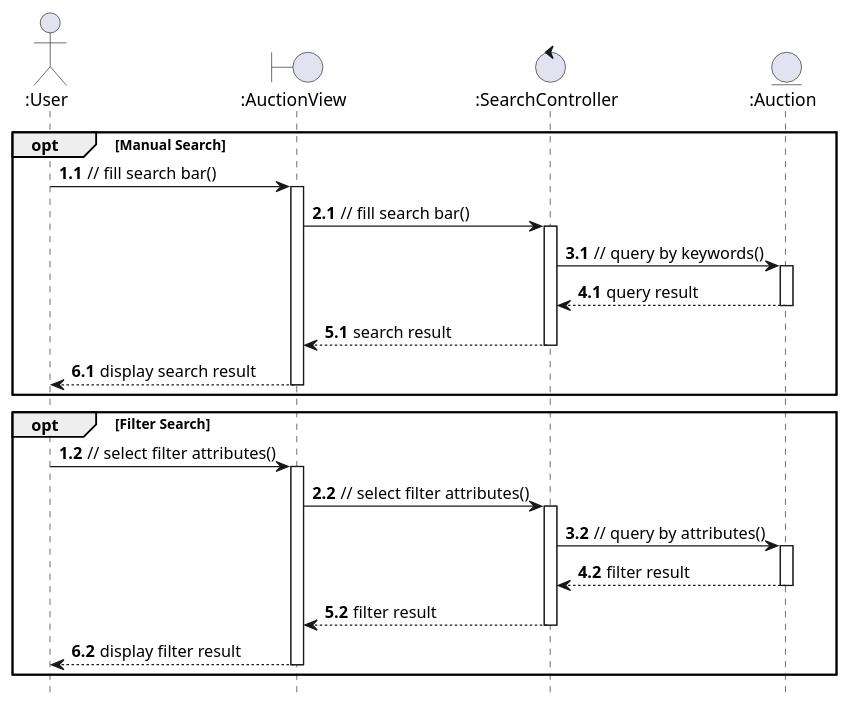
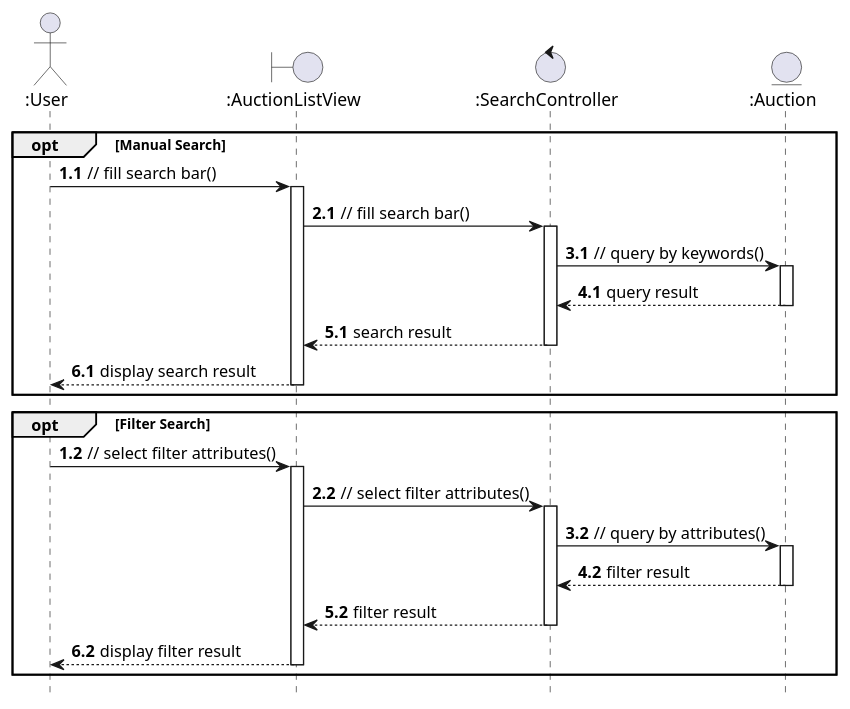
Before and after one commit to anhbanlinhle/velocity-exchange: the diagram in uml/analysis/sequence/search_for_auction.pu, drawn with PlantUML.

Commit message:
doc[lynn]: seq diagram no. 6 fix name

```diff
--- a/uml/analysis/sequence/search_for_auction.pu
+++ b/uml/analysis/sequence/search_for_auction.pu
@@ -1,61 +1,61 @@
 @startuml
 hide footbox
 
 actor ":User" as User
-boundary ":AuctionView" as AuctionView
+boundary ":AuctionListView" as AuctionView
 control ":SearchController" as SearchController
 entity ":Auction" as Auction
 
 autonumber
 
 opt Manual Search
   autonumber 1.1
     User -> AuctionView: // fill search bar()
     autonumber inc A
     activate AuctionView
       AuctionView -> SearchController: // fill search bar()
       autonumber inc A
       activate SearchController
         SearchController -> Auction: // query by keywords()
           autonumber inc A
           activate Auction
             Auction --> SearchController: query result
             autonumber inc A
           deactivate Auction
         SearchController --> AuctionView: search result
         autonumber inc A
       deactivate SearchController
       AuctionView --> User: display search result
       autonumber inc A
     deactivate AuctionView
 end
 
 opt Filter Search
   autonumber 1.2
   User -> AuctionView: // select filter attributes()
   autonumber inc A
   autonumber inc B
     activate AuctionView
       AuctionView -> SearchController: // select filter attributes()
       autonumber inc A
       autonumber inc B
       activate SearchController
         SearchController -> Auction: // query by attributes()
           autonumber inc A
           autonumber inc B
           activate Auction
             Auction --> SearchController: filter result
             autonumber inc A
             autonumber inc B
           deactivate Auction
         SearchController --> AuctionView: filter result
         autonumber inc A
         autonumber inc B
       deactivate SearchController
       AuctionView --> User: display filter result
       autonumber inc A
       autonumber inc B
     deactivate AuctionView
 end
 
 @enduml
```
